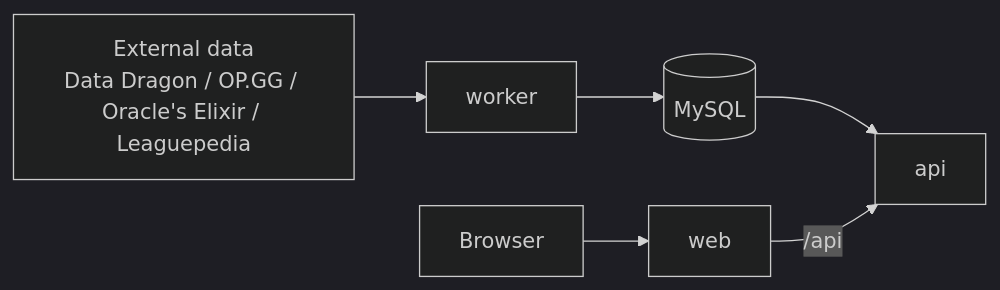
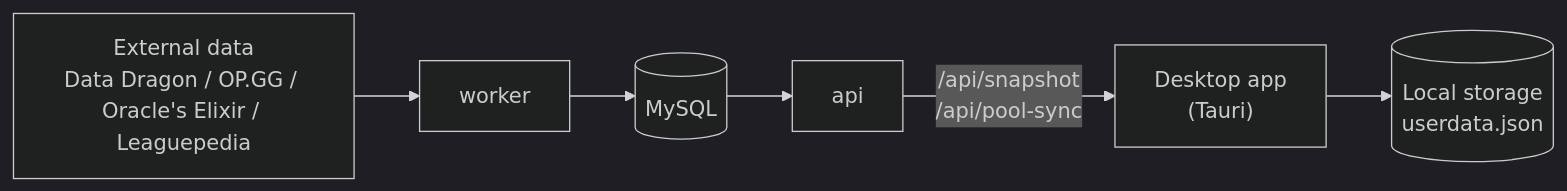
One commit to Harukoto-Project/draft.gg changed the diagram in README.en.md. Above: the diagram before and after it, drawn with Mermaid (dark theme). The commit also changed other lines of this file and 4 other files, not shown here.

````diff
--- a/README.en.md
+++ b/README.en.md
@@ -68,8 +79,8 @@
 ```mermaid
 flowchart LR
   ext["External data<br/>Data Dragon / OP.GG / Oracle's Elixir / Leaguepedia"] --> worker
   worker --> db[("MySQL")]
   db --> api
-  browser["Browser"] --> web
-  web -->|"/api"| api
+  api -->|"/api/snapshot<br/>/api/pool-sync"| app["Desktop app<br/>(Tauri)"]
+  app --> local[("Local storage<br/>userdata.json")]
 ```
````
